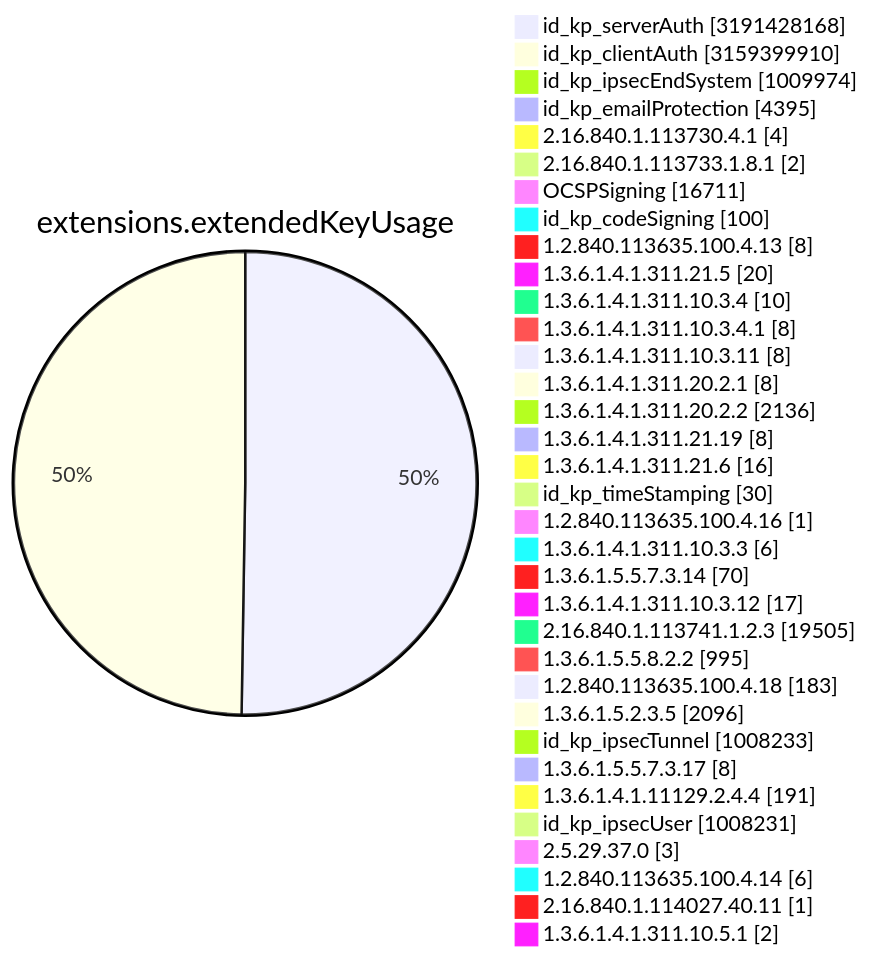
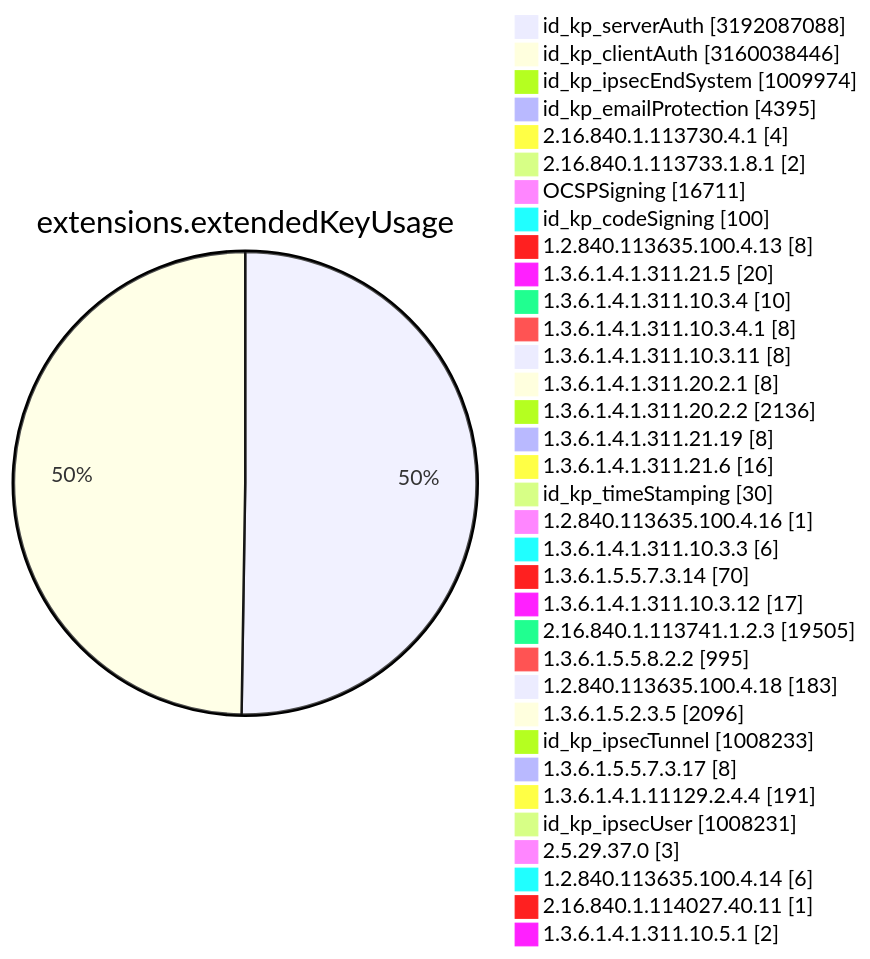
Diagram 11 of 15 in TOTAL/README.md (christiankrug/ctmonitor_visualization), drawn with Mermaid before and after one commit. The commit also changed other lines of this file, not shown here.

````diff
--- a/TOTAL/README.md
+++ b/TOTAL/README.md
@@ -4119,38 +4119,38 @@
 ```mermaid
 pie showData
 title extensions.extendedKeyUsage
-"id_kp_serverAuth" :3191428168
-"id_kp_clientAuth" :3159399910
+"id_kp_serverAuth" :3192087088
+"id_kp_clientAuth" :3160038446
 "id_kp_ipsecEndSystem" :1009974
 "id_kp_emailProtection" :4395
 "2.16.840.1.113730.4.1" :4
 "2.16.840.1.113733.1.8.1" :2
 "OCSPSigning" :16711
 "id_kp_codeSigning" :100
 "1.2.840.113635.100.4.13" :8
 "1.3.6.1.4.1.311.21.5" :20
 "1.3.6.1.4.1.311.10.3.4" :10
 "1.3.6.1.4.1.311.10.3.4.1" :8
 "1.3.6.1.4.1.311.10.3.11" :8
 "1.3.6.1.4.1.311.20.2.1" :8
 "1.3.6.1.4.1.311.20.2.2" :2136
 "1.3.6.1.4.1.311.21.19" :8
 "1.3.6.1.4.1.311.21.6" :16
 "id_kp_timeStamping" :30
 "1.2.840.113635.100.4.16" :1
 "1.3.6.1.4.1.311.10.3.3" :6
 "1.3.6.1.5.5.7.3.14" :70
 "1.3.6.1.4.1.311.10.3.12" :17
 "2.16.840.1.113741.1.2.3" :19505
 "1.3.6.1.5.5.8.2.2" :995
 "1.2.840.113635.100.4.18" :183
 "1.3.6.1.5.2.3.5" :2096
 "id_kp_ipsecTunnel" :1008233
 "1.3.6.1.5.5.7.3.17" :8
 "1.3.6.1.4.1.11129.2.4.4" :191
 "id_kp_ipsecUser" :1008231
 "2.5.29.37.0" :3
 "1.2.840.113635.100.4.14" :6
 "2.16.840.1.114027.40.11" :1
 "1.3.6.1.4.1.311.10.5.1" :2
 ```
````
